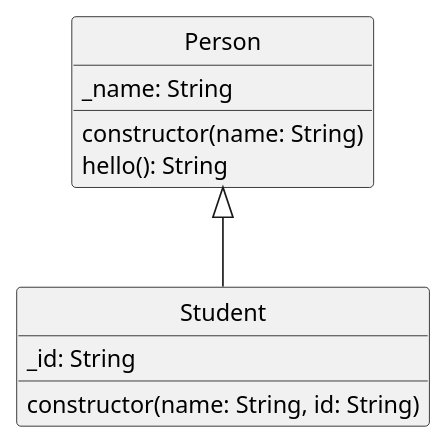
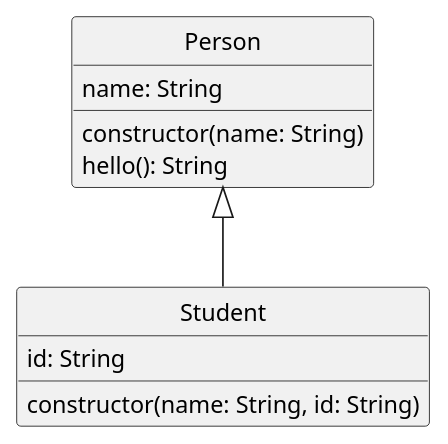
The diagram in core/object/assets/object-person-student.pu (ifpb/php-guide), drawn with PlantUML before and after one commit. The commit also changed 1 other file, not shown here.

```diff
--- a/core/object/assets/object-person-student.pu
+++ b/core/object/assets/object-person-student.pu
@@ -1,18 +1,18 @@
 @startuml
 skinparam classAttributeIconSize 0
 skinparam monochrome true
 hide circle
 
 class Person {
-    _name: String
+    name: String
     constructor(name: String)
     hello(): String
 }
 
 class Student {
-    _id: String
+    id: String
     constructor(name: String, id: String)
 }
 
 Person <|-- Student
 @enduml
```
